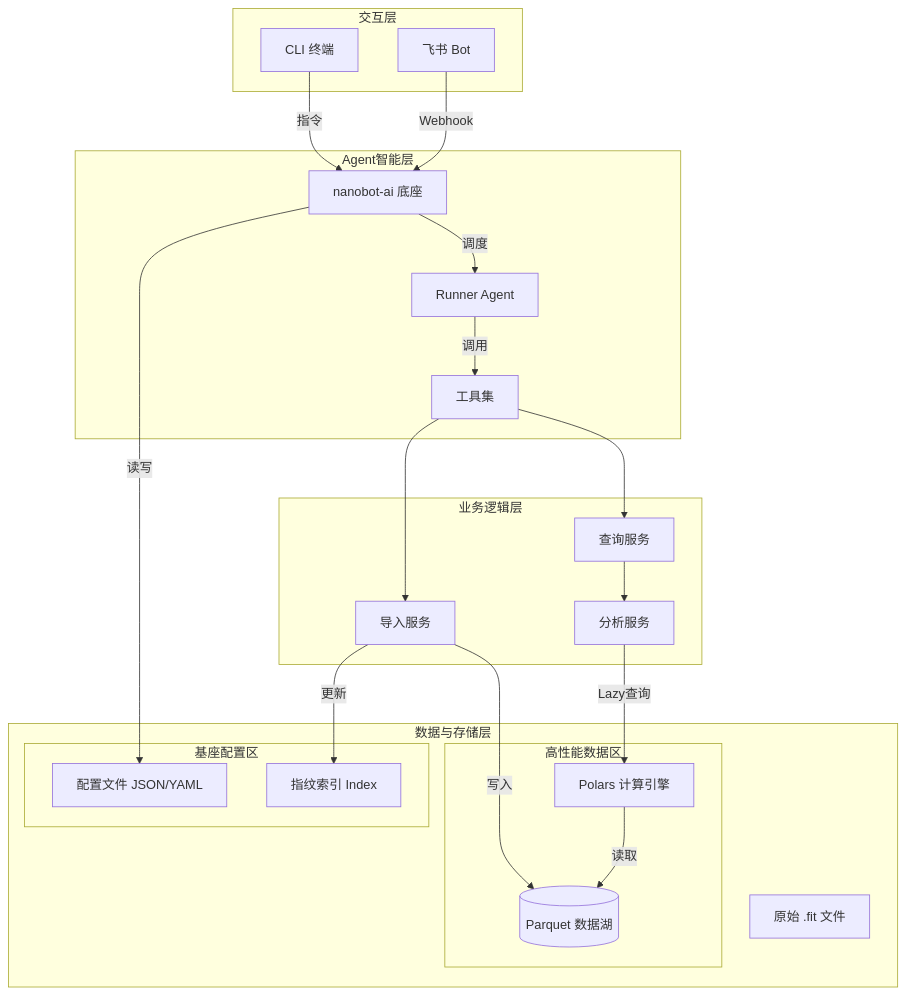
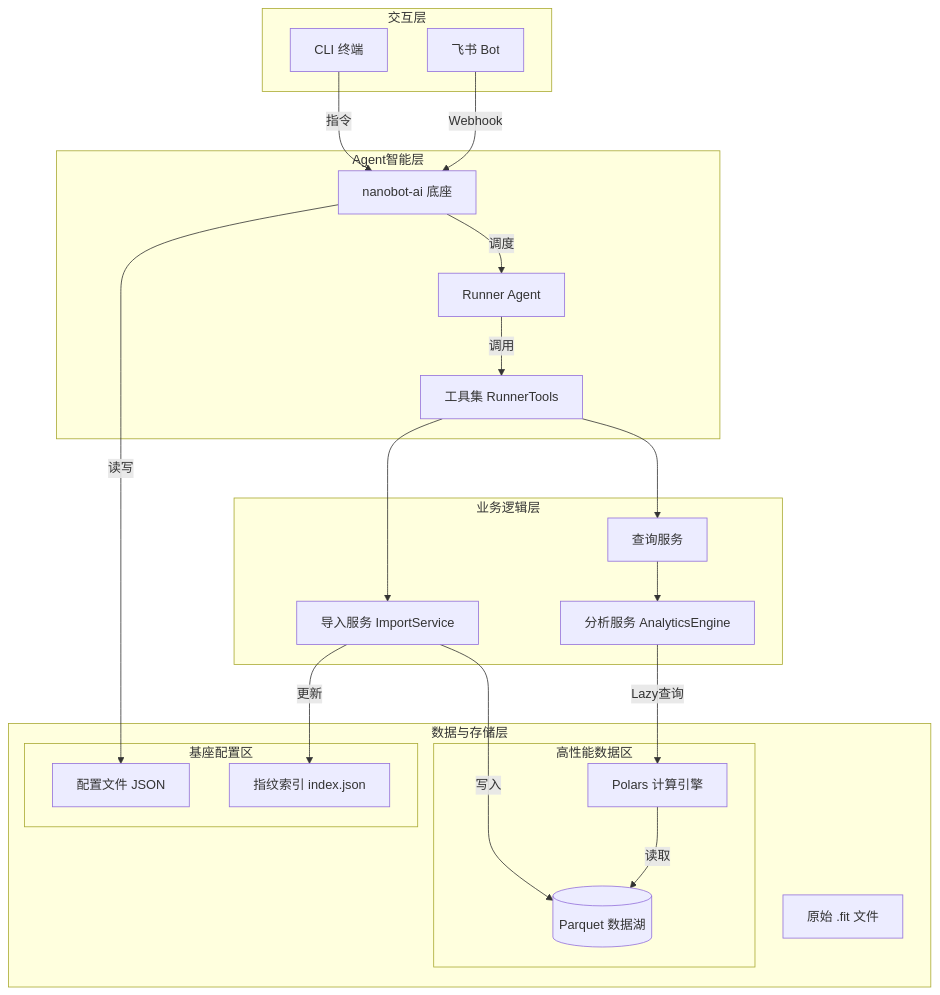
Before and after one commit to yecllsl/nanobot-runner: the first of 2 diagrams in docs/architecture/ARC_架构设计.md, drawn with Mermaid. The commit also changed other lines of this file and 4 other files, not shown here.

````diff
--- a/docs/architecture/ARC_架构设计.md
+++ b/docs/architecture/ARC_架构设计.md
@@ -15,46 +18,46 @@
 ```mermaid
 graph TB
     subgraph "交互层"
         CLI[CLI 终端]
         Feishu[飞书 Bot]
     end
     subgraph "Agent智能层"
         Core[nanobot-ai 底座]
         Agent[Runner Agent]
-        Tools[工具集]
+        Tools[工具集 RunnerTools]
     end
     subgraph "业务逻辑层"
-        ImportSvc[导入服务]
+        ImportSvc[导入服务 ImportService]
         QuerySvc[查询服务]
-        AnalysisSvc[分析服务]
+        AnalysisSvc[分析服务 AnalyticsEngine]
     end
     subgraph "数据与存储层"
         subgraph "高性能数据区"
             ParquetStore[(Parquet 数据湖)]
             PolarsEngine[Polars 计算引擎]
         end
         subgraph "基座配置区"
-            Config[配置文件 JSON/YAML]
-            Index[指纹索引 Index]
+            Config[配置文件 JSON]
+            Index[指纹索引 index.json]
         end
         RawFiles[原始 .fit 文件]
     end
     %% 关系连线
     CLI -->|指令| Core
     Feishu -->|Webhook| Core
     
     Core -->|调度| Agent
     Agent -->|调用| Tools
     
     Tools --> ImportSvc
     Tools --> QuerySvc
     
     ImportSvc -->|写入| ParquetStore
     ImportSvc -->|更新| Index
     
     QuerySvc --> AnalysisSvc
     AnalysisSvc -->|Lazy查询| PolarsEngine
     PolarsEngine -->|读取| ParquetStore
     
     Core -->|读写| Config
 ```
````
